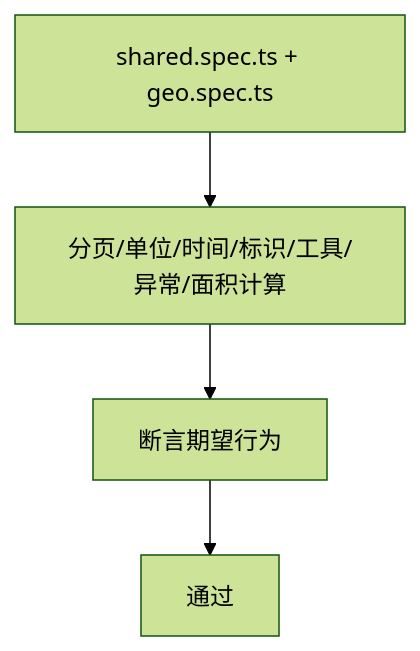
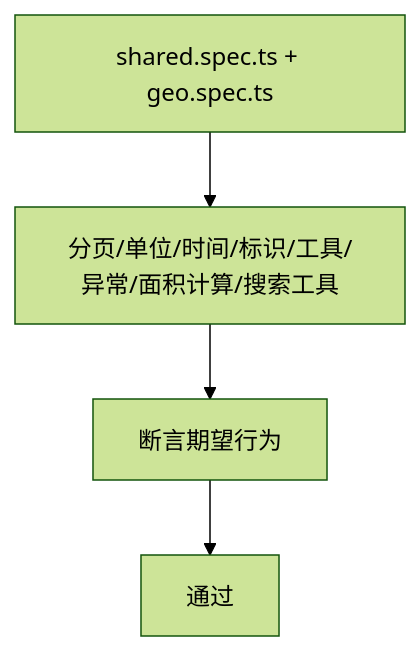
Diagram 13 of 13 in .qoder/repowiki/zh/content/公共包文档/共享工具包 (@agri_shared).md (q446328246/agri-platform), drawn with Mermaid (forest theme) before and after one commit. The commit also changed other lines of this file and 35 other files, not shown here.

````diff
--- a/.qoder/repowiki/zh/content/公共包文档/共享工具包 (@agri_shared).md
+++ b/.qoder/repowiki/zh/content/公共包文档/共享工具包 (@agri_shared).md
@@ -433,6 +521,6 @@
 ```mermaid
 flowchart TD
-Test["shared.spec.ts + geo.spec.ts"] --> Cases["分页/单位/时间/标识/工具/异常/面积计算"]
+Test["shared.spec.ts + geo.spec.ts"] --> Cases["分页/单位/时间/标识/工具/异常/面积计算/搜索工具"]
 Cases --> Verify["断言期望行为"]
 Verify --> Pass["通过"]
 ```
````
